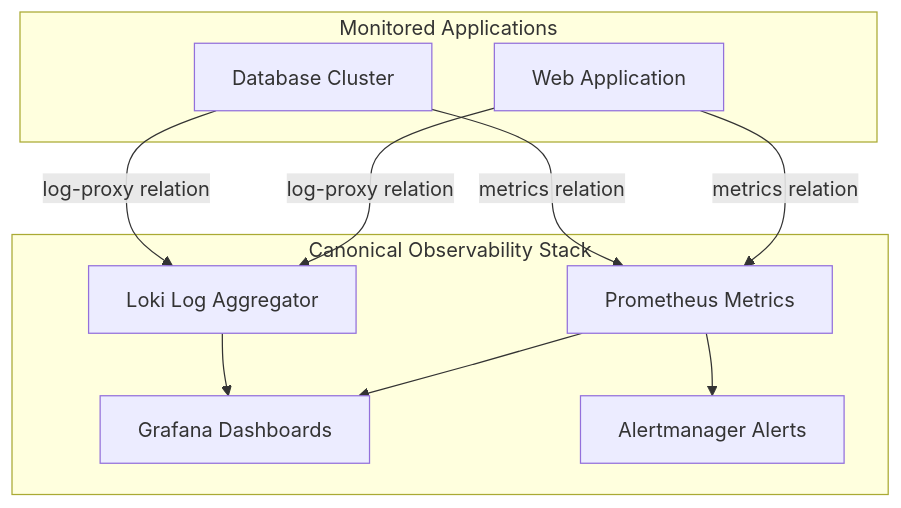
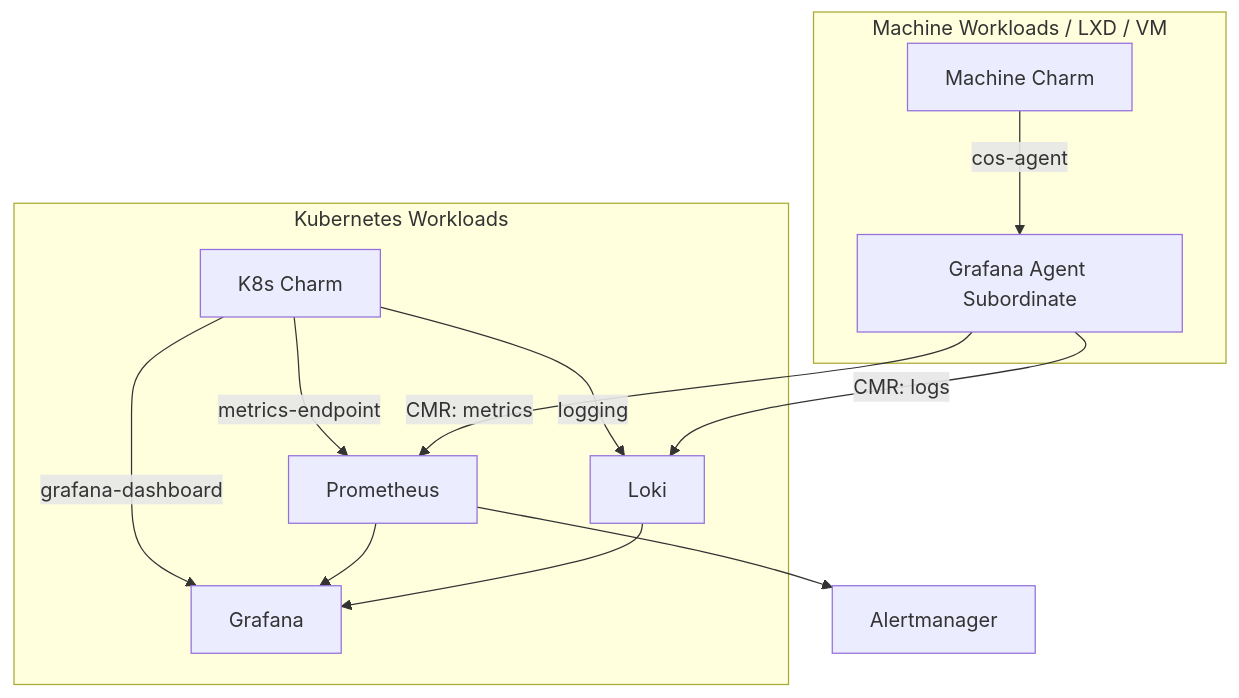
The diagram in content/courses/juju/module-07/notes/01-observability-and-cos.md (panasheMuriro/learning-platform), drawn with Mermaid before and after one commit. The commit also changed other lines of this file and 11 other files, not shown here.

Commit message:
fix(module-07): align labs and notes with real COS machine telemetry and uniter diagnostics

````diff
--- a/content/courses/juju/module-07/notes/01-observability-and-cos.md
+++ b/content/courses/juju/module-07/notes/01-observability-and-cos.md
@@ -9,23 +9,18 @@
 ```mermaid
 graph TD
-    subgraph MonitoredApp [Monitored Applications]
-        App1[Web Application]
-        App2[Database Cluster]
+    subgraph K8sWorkloads [Kubernetes Workloads]
+        KApp[K8s Charm] -->|metrics-endpoint| Prom[Prometheus]
+        KApp -->|logging| Loki[Loki]
+        KApp -->|grafana-dashboard| Graf[Grafana]
     end
 
-    subgraph COSStack [Canonical Observability Stack]
-        Prometheus[Prometheus Metrics]
-        Loki[Loki Log Aggregator]
-        Grafana[Grafana Dashboards]
-        Alertmanager[Alertmanager Alerts]
+    subgraph MachineWorkloads [Machine Workloads / LXD / VM]
+        MApp[Machine Charm] -->|cos-agent| GA[Grafana Agent Subordinate]
+        GA -->|CMR: metrics| Prom
+        GA -->|CMR: logs| Loki
     end
 
-    App1 -->|metrics relation| Prometheus
-    App1 -->|log-proxy relation| Loki
-    App2 -->|metrics relation| Prometheus
-    App2 -->|log-proxy relation| Loki
-
-    Prometheus --> Grafana
-    Loki --> Grafana
-    Prometheus --> Alertmanager
+    Prom --> Graf
+    Loki --> Graf
+    Prom --> Alert[Alertmanager]
 ```
````
